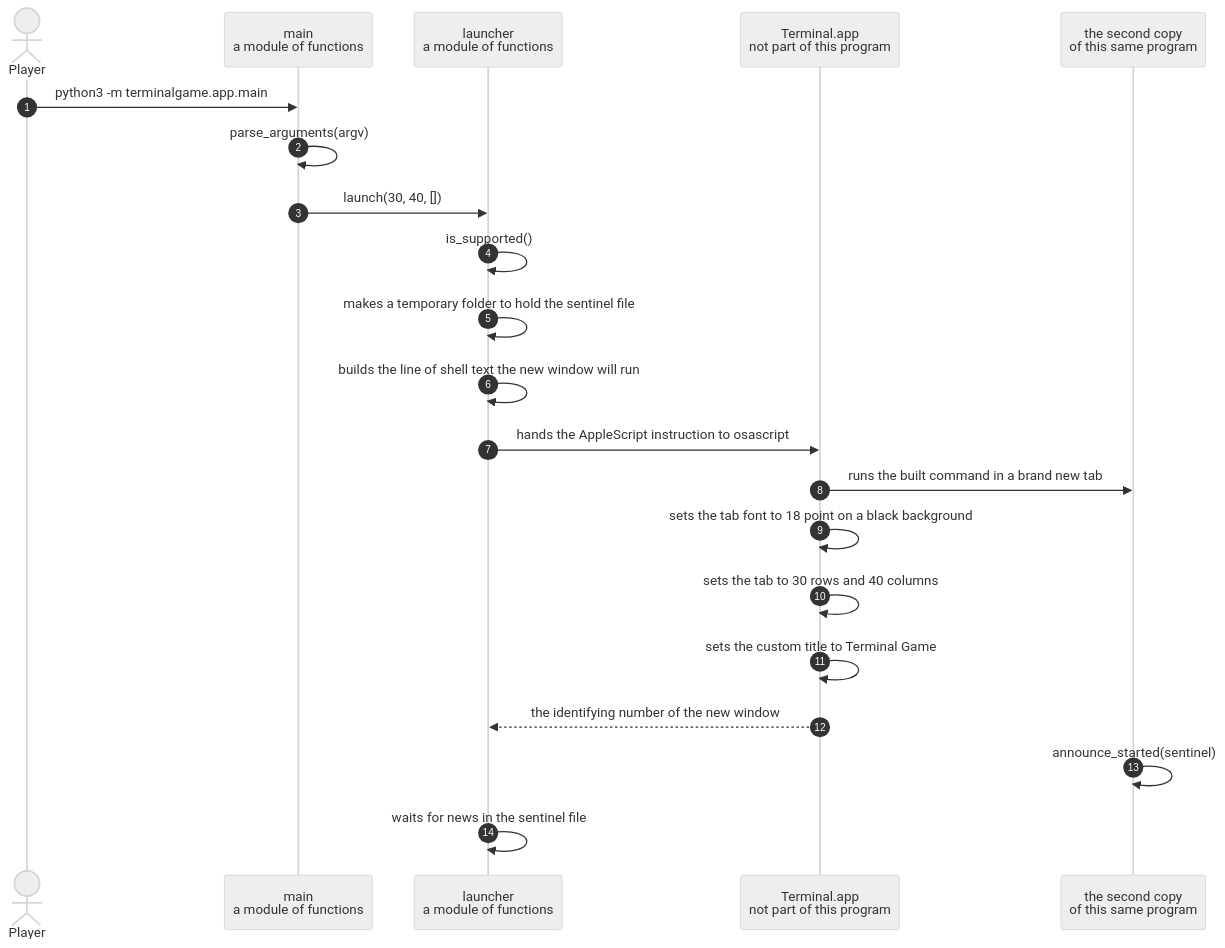
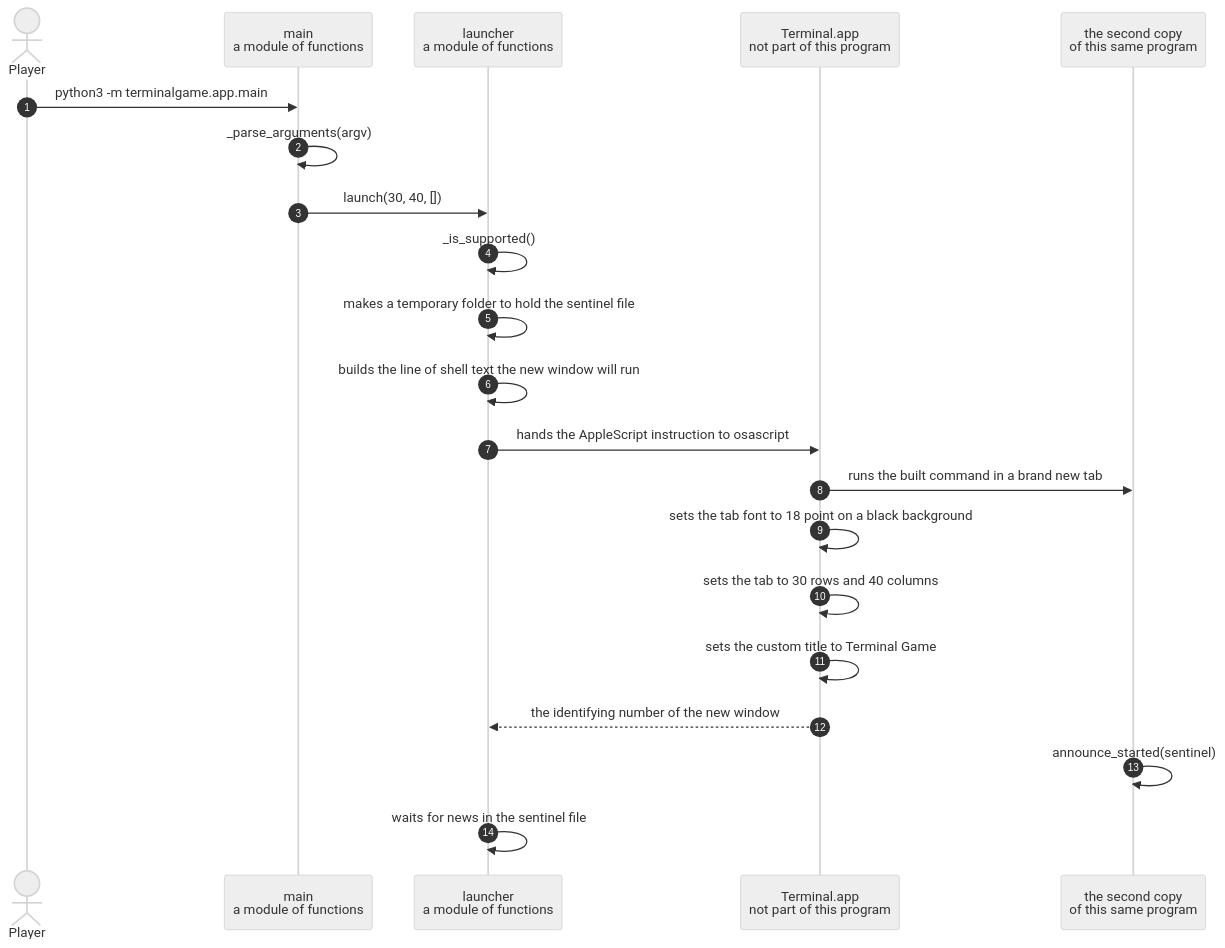
The diagram in docs/scenarios/the-launcher-opens-the-game-in-its-own-terminal-window.md (replicant1/TerminalGame), drawn with Mermaid (neutral theme) before and after one commit. The commit also changed 10 other files, not shown here.

````diff
--- a/docs/scenarios/the-launcher-opens-the-game-in-its-own-terminal-window.md
+++ b/docs/scenarios/the-launcher-opens-the-game-in-its-own-terminal-window.md
@@ -49,24 +49,24 @@
 ```mermaid
 sequenceDiagram
     autonumber
     actor Player
     participant Main as main<br/>a module of functions
     participant Launcher as launcher<br/>a module of functions
     participant Terminal as Terminal.app<br/>not part of this program
     participant Child as the second copy<br/>of this same program
 
     Player->>Main: python3 -m terminalgame.app.main
-    Main->>Main: parse_arguments(argv)
+    Main->>Main: _parse_arguments(argv)
     Main->>Launcher: launch(30, 40, [])
-    Launcher->>Launcher: is_supported()
+    Launcher->>Launcher: _is_supported()
     Launcher->>Launcher: makes a temporary folder to hold the sentinel file
     Launcher->>Launcher: builds the line of shell text the new window will run
     Launcher->>Terminal: hands the AppleScript instruction to osascript
     Terminal->>Child: runs the built command in a brand new tab
     Terminal->>Terminal: sets the tab font to 18 point on a black background
     Terminal->>Terminal: sets the tab to 30 rows and 40 columns
     Terminal->>Terminal: sets the custom title to Terminal Game
     Terminal-->>Launcher: the identifying number of the new window
     Child->>Child: announce_started(sentinel)
     Launcher->>Launcher: waits for news in the sentinel file
 ```
````
